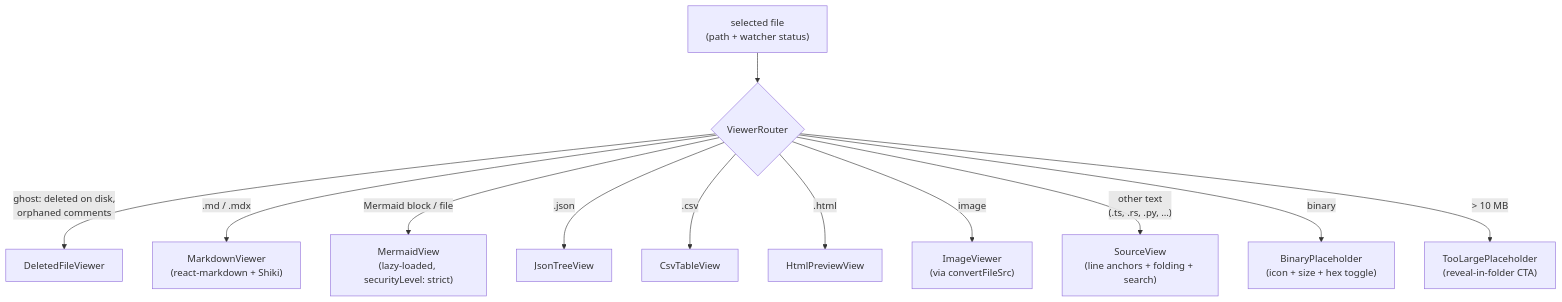
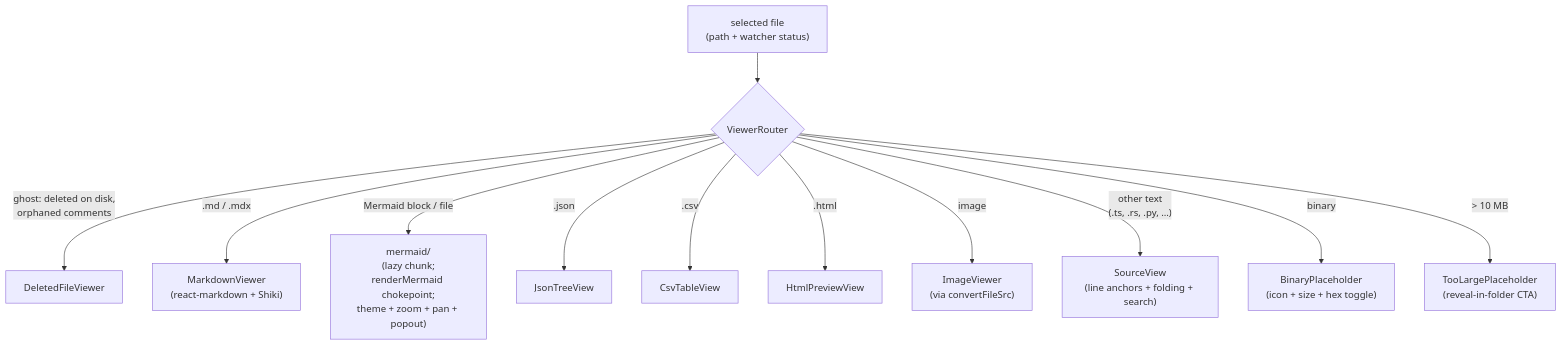
Before and after one commit to dryotta/mDown-reView: the diagram in docs/features/viewer.md, drawn with Mermaid. The commit also changed other lines of this file and 29 other files, not shown here.

````diff
--- a/docs/features/viewer.md
+++ b/docs/features/viewer.md
@@ -30,14 +30,14 @@
 ```mermaid
 flowchart TD
     File["selected file<br/>(path + watcher status)"] --> Router{"ViewerRouter"}
     Router -- "ghost: deleted on disk,<br/>orphaned comments" --> DV["DeletedFileViewer"]
     Router -- ".md / .mdx" --> MV["MarkdownViewer<br/>(react-markdown + Shiki)"]
-    Router -- "Mermaid block / file" --> MM["MermaidView<br/>(lazy-loaded, securityLevel: strict)"]
+    Router -- "Mermaid block / file" --> MM["mermaid/<br/>(lazy chunk;<br/>renderMermaid chokepoint;<br/>theme + zoom + pan + popout)"]
     Router -- ".json" --> JT["JsonTreeView"]
     Router -- ".csv" --> CT["CsvTableView"]
     Router -- ".html" --> HV["HtmlPreviewView"]
     Router -- "image" --> IV["ImageViewer<br/>(via convertFileSrc)"]
     Router -- "other text<br/>(.ts, .rs, .py, …)" --> SV["SourceView<br/>(line anchors + folding + search)"]
     Router -- "binary" --> BP["BinaryPlaceholder<br/>(icon + size + hex toggle)"]
     Router -- "> 10 MB" --> TLP["TooLargePlaceholder<br/>(reveal-in-folder CTA)"]
 ```
````
